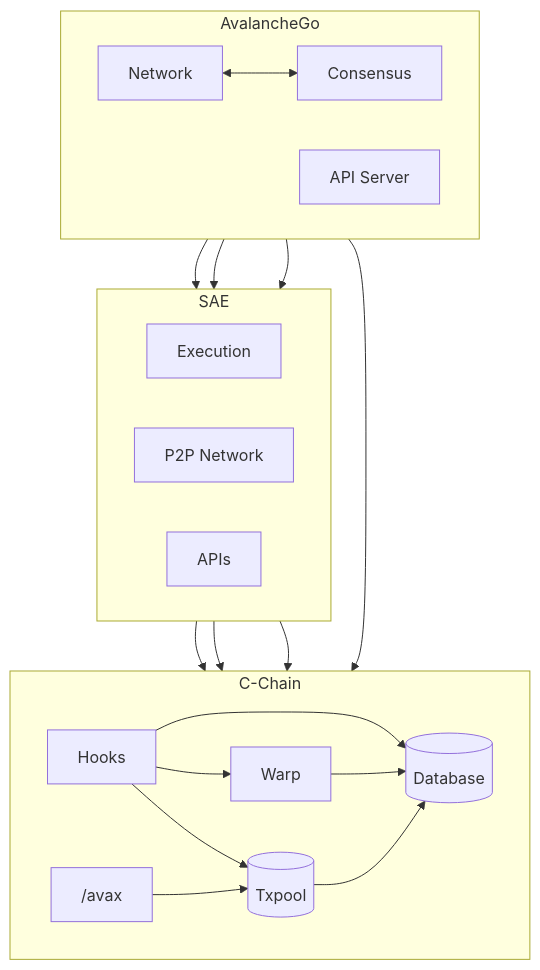
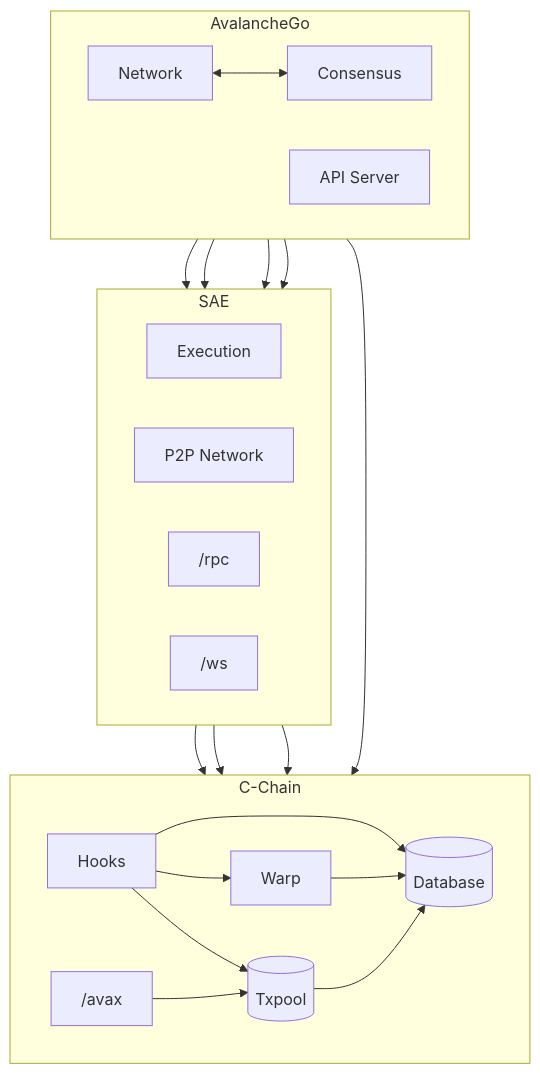
Before and after one commit to ava-labs/avalanchego: the first of 5 diagrams in vms/saevm/cchain/README.md, drawn with Mermaid. The commit also changed other lines of this file, not shown here.

````diff
--- a/vms/saevm/cchain/README.md
+++ b/vms/saevm/cchain/README.md
@@ -12,43 +13,45 @@
 ```mermaid
 flowchart TB
     subgraph avago["AvalancheGo"]
         direction LR
         consensus["Consensus"]
         network["Network"]
         apiserver["API Server"]
     end
 
     subgraph sae["SAE"]
         direction LR
         execution["Execution"]
         p2pn["P2P Network"]
-        apis_sae["APIs"]
+        rpc["/rpc"]
+        ws["/ws"]
     end
 
     subgraph cchain["C-Chain"]
         direction LR
         hook["Hooks"]
         warp["Warp"]
         db[("Database")]
         txpool[("Txpool")]
         avax["/avax"]
     end
 
     network <--> consensus
     network --> p2pn
     consensus --> execution
-    apiserver --> apis_sae
+    apiserver --> rpc
+    apiserver --> ws
     apiserver --> avax
     execution --> hook
 
     hook --> warp
     p2pn --> warp
 
     hook --> txpool
     p2pn --> txpool
     avax --> txpool
 
     hook --> db
     warp --> db
     txpool --> db
 ```
````
